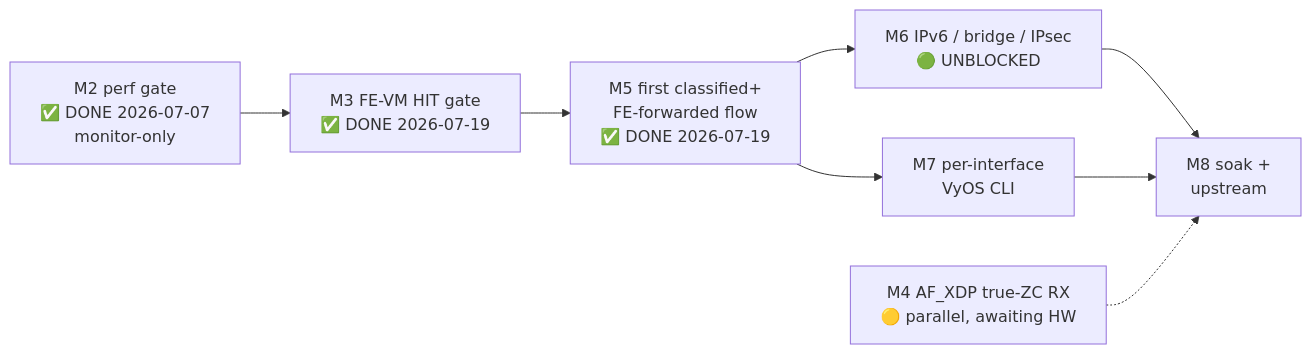
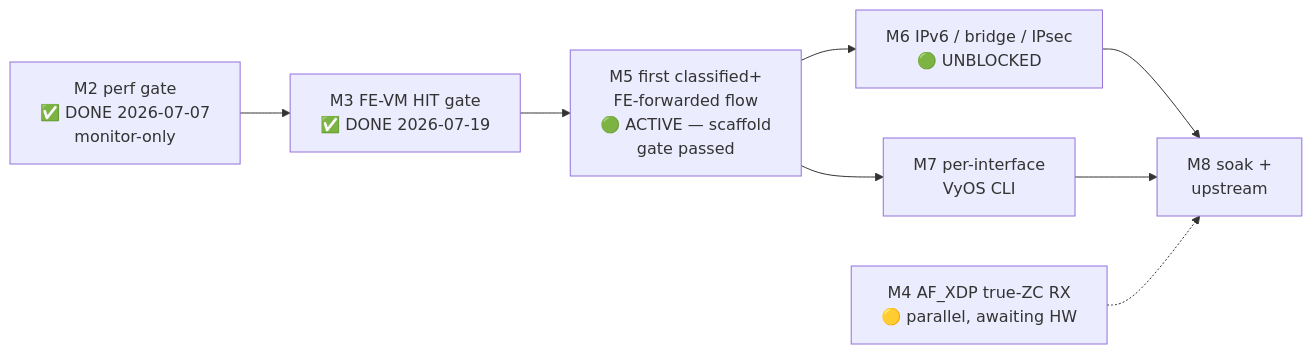
One commit to Daegara/vyos-ls1046a-build changed the diagram in plans/ASK2-MASTER-PLAN.md. Above: the diagram before and after it, drawn with Mermaid. The commit also changed other lines of this file and 3 other files, not shown here.

````diff
--- a/plans/ASK2-MASTER-PLAN.md
+++ b/plans/ASK2-MASTER-PLAN.md
@@ -229,10 +238,10 @@
 ```mermaid
 graph LR
     M2["M2 perf gate<br/>✅ DONE 2026-07-07<br/>monitor-only"] --> M3["M3 FE-VM HIT gate<br/>✅ DONE 2026-07-19"]
-    M3 --> M5["M5 first classified+<br/>FE-forwarded flow<br/>✅ DONE 2026-07-19"]
+    M3 --> M5["M5 first classified+<br/>FE-forwarded flow<br/>🟢 ACTIVE — scaffold<br/>gate passed"]
     M5 --> M6["M6 IPv6 / bridge / IPsec<br/>🟢 UNBLOCKED"]
     M5 --> M7["M7 per-interface<br/>VyOS CLI"]
     M6 --> M8["M8 soak +<br/>upstream"]
     M7 --> M8
     M4["M4 AF_XDP true-ZC RX<br/>🟡 parallel, awaiting HW"] -.-> M8
 ```
````
